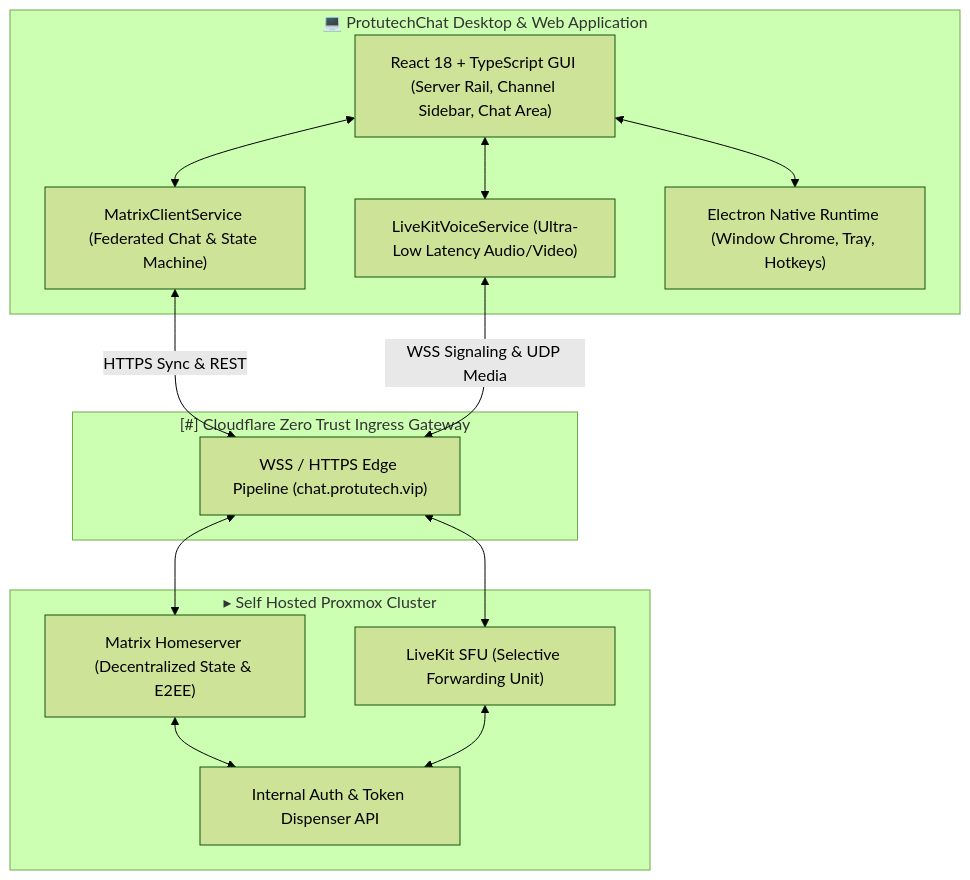
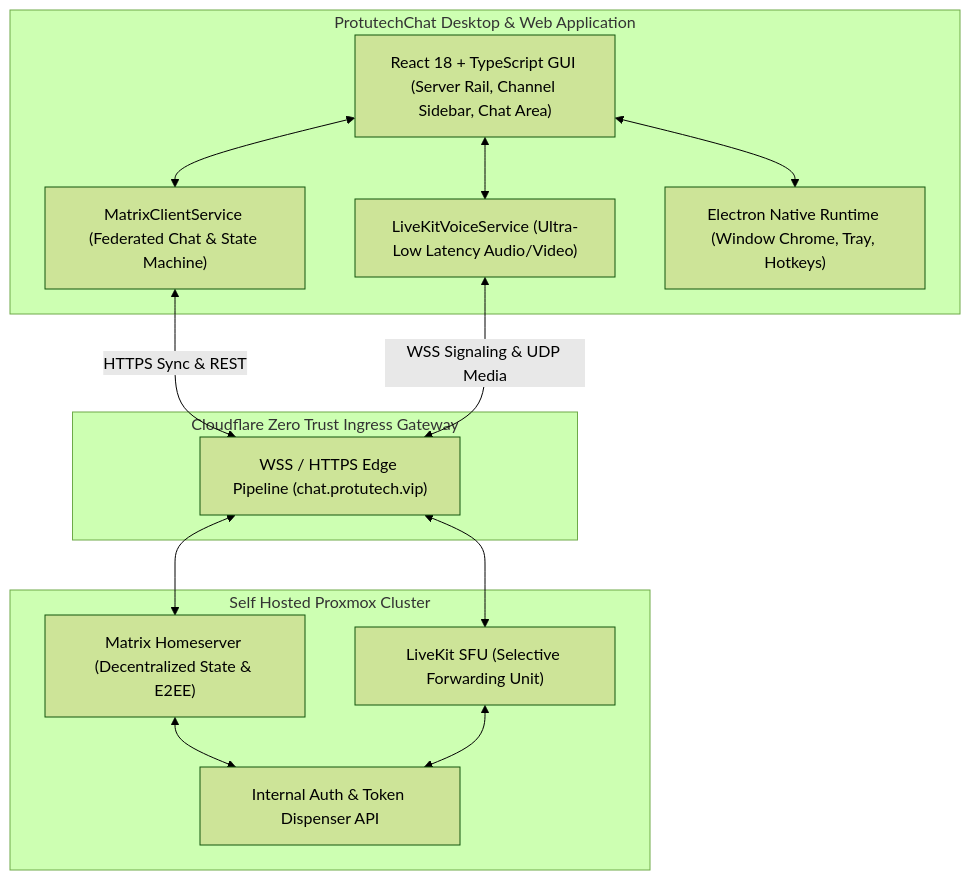
One commit to IAndrexI/documentation changed the diagram in docs/apps/protutechchat/index.md. Above: the diagram before and after it, drawn with Mermaid (forest theme). The commit also changed other lines of this file and 39 other files, not shown here.

````diff
--- a/docs/apps/protutechchat/index.md
+++ b/docs/apps/protutechchat/index.md
@@ -7,31 +7,31 @@
 ```mermaid
 graph TD
-    subgraph ClientHost["💻 ProtutechChat Desktop & Web Application"]
+    subgraph ClientHost["ProtutechChat Desktop & Web Application"]
         UI["React 18 + TypeScript GUI (Server Rail, Channel Sidebar, Chat Area)"]
         MatrixSvc["MatrixClientService (Federated Chat & State Machine)"]
         VoiceSvc["LiveKitVoiceService (Ultra-Low Latency Audio/Video)"]
         ElectronHost["Electron Native Runtime (Window Chrome, Tray, Hotkeys)"]
 
         UI <--> MatrixSvc
         UI <--> VoiceSvc
         UI <--> ElectronHost
     end
 
-    subgraph EdgeIngress["[#] Cloudflare Zero Trust Ingress Gateway"]
+    subgraph EdgeIngress["Cloudflare Zero Trust Ingress Gateway"]
         CF_WSS["WSS / HTTPS Edge Pipeline (chat.protutech.vip)"]
     end
 
-    subgraph BackendCluster["▸ Self Hosted Proxmox Cluster"]
+    subgraph BackendCluster["Self Hosted Proxmox Cluster"]
         Synapse["Matrix Homeserver (Decentralized State & E2EE)"]
         LiveKitServer["LiveKit SFU (Selective Forwarding Unit)"]
         AuthBridge["Internal Auth & Token Dispenser API"]
 
         Synapse <--> AuthBridge
         LiveKitServer <--> AuthBridge
     end
 
     MatrixSvc <-->|HTTPS Sync & REST| CF_WSS
     VoiceSvc <-->|WSS Signaling & UDP Media| CF_WSS
     CF_WSS <--> Synapse
     CF_WSS <--> LiveKitServer
 ```
````
